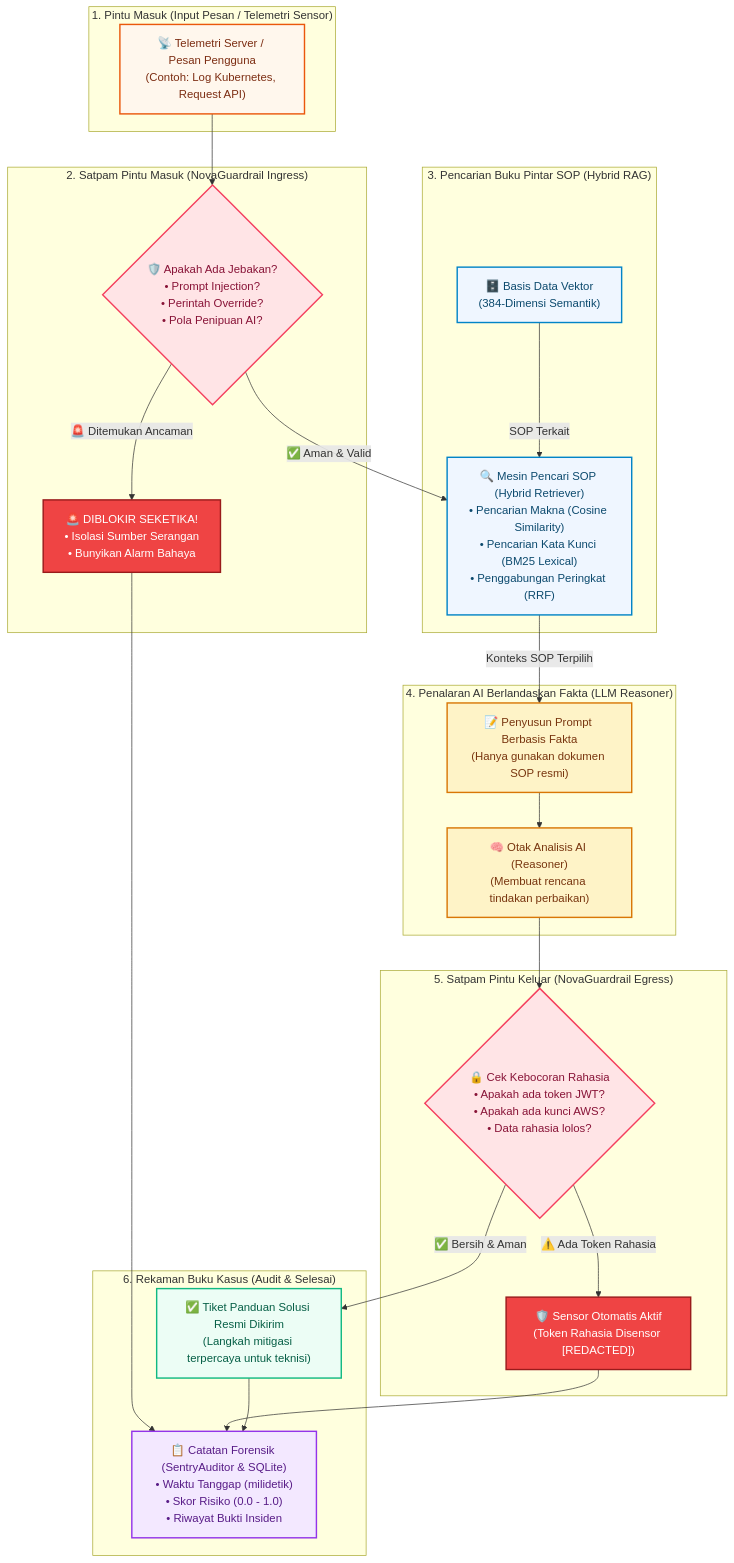
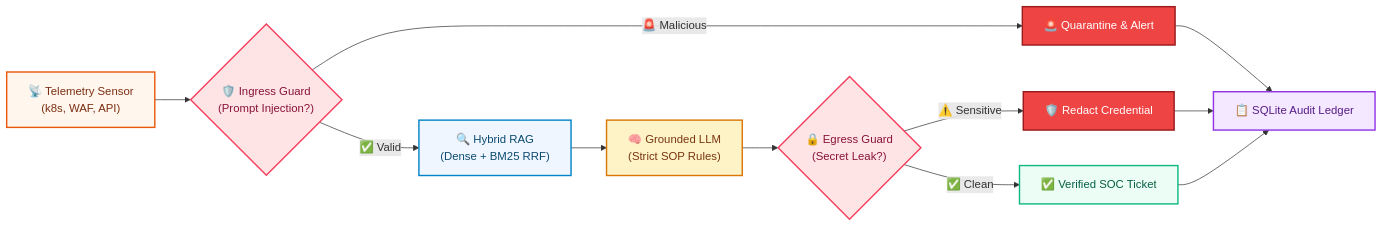
The diagram in README.md (RifkyA911/NovaSentry), drawn with Mermaid before and after one commit. The commit also changed other lines of this file and 1 other file, not shown here.

````diff
--- a/README.md
+++ b/README.md
@@ -46,54 +48,22 @@
 ```mermaid
-flowchart TD
-    %% Styling Definisi
-    classDef ingress fill:#fff7ed,stroke:#ea580c,stroke-width:2px,color:#7c2d12;
-    classDef guardrail fill:#ffe4e6,stroke:#f43f5e,stroke-width:2px,color:#881337;
+flowchart LR
+    %% Styling Definitions
+    classDef sensor fill:#fff7ed,stroke:#ea580c,stroke-width:2px,color:#7c2d12;
+    classDef guard fill:#ffe4e6,stroke:#f43f5e,stroke-width:2px,color:#881337;
     classDef rag fill:#eff6ff,stroke:#0284c7,stroke-width:2px,color:#0c4a6e;
     classDef llm fill:#fef3c7,stroke:#d97706,stroke-width:2px,color:#78350f;
     classDef audit fill:#f3e8ff,stroke:#9333ea,stroke-width:2px,color:#581c87;
-    classDef danger fill:#ef4444,stroke:#991b1b,stroke-width:2px,color:#ffffff;
-    classDef safe fill:#ecfdf5,stroke:#10b981,stroke-width:2px,color:#065f46;
+    classDef blocked fill:#ef4444,stroke:#991b1b,stroke-width:2px,color:#ffffff;
+    classDef ok fill:#ecfdf5,stroke:#10b981,stroke-width:2px,color:#065f46;
 
-    subgraph INGRESS["1. Pintu Masuk (Input Pesan / Telemetri Sensor)"]
-        A["📡 Telemetri Server / Pesan Pengguna<br/>(Contoh: Log Kubernetes, Request API)"]:::ingress
-    end
-
-    subgraph GUARD_IN["2. Satpam Pintu Masuk (NovaGuardrail Ingress)"]
-        B{"🛡️ Apakah Ada Jebakan?<br/>• Prompt Injection?<br/>• Perintah Override?<br/>• Pola Penipuan AI?"}:::guardrail
-        B_BLOCKED["🚨 DIBLOKIR SEKETIKA!<br/>• Isolasi Sumber Serangan<br/>• Bunyikan Alarm Bahaya"]:::danger
-    end
-
-    subgraph RETRIEVAL["3. Pencarian Buku Pintar SOP (Hybrid RAG)"]
-        C["🗄️ Basis Data Vektor<br/>(384-Dimensi Semantik)"]:::rag
-        D["🔍 Mesin Pencari SOP (Hybrid Retriever)<br/>• Pencarian Makna (Cosine Similarity)<br/>• Pencarian Kata Kunci (BM25 Lexical)<br/>• Penggabungan Peringkat (RRF)"]:::rag
-        C -->|SOP Terkait| D
-    end
-
-    subgraph SYNTHESIS["4. Penalaran AI Berlandaskan Fakta (LLM Reasoner)"]
-        E["📝 Penyusun Prompt Berbasis Fakta<br/>(Hanya gunakan dokumen SOP resmi)"]:::llm
-        F["🧠 Otak Analisis AI (Reasoner)<br/>(Membuat rencana tindakan perbaikan)"]:::llm
-        E --> F
-    end
-
-    subgraph GUARD_OUT["5. Satpam Pintu Keluar (NovaGuardrail Egress)"]
-        G{"🔒 Cek Kebocoran Rahasia<br/>• Apakah ada token JWT?<br/>• Apakah ada kunci AWS?<br/>• Data rahasia lolos?"}:::guardrail
-        G_REDACT["🛡️ Sensor Otomatis Aktif<br/>(Token Rahasia Disensor [REDACTED])"]:::danger
-    end
-
-    subgraph GOVERNANCE["6. Rekaman Buku Kasus (Audit & Selesai)"]
-        H["📋 Catatan Forensik (SentryAuditor & SQLite)<br/>• Waktu Tanggap (milidetik)<br/>• Skor Risiko (0.0 - 1.0)<br/>• Riwayat Bukti Insiden"]:::audit
-        I["✅ Tiket Panduan Solusi Resmi Dikirim<br/>(Langkah mitigasi terpercaya untuk teknisi)"]:::safe
-    end
-
-    %% Relasi Alur
-    A --> B
-    B -- "🚨 Ditemukan Ancaman" --> B_BLOCKED
-    B_BLOCKED --> H
-    B -- "✅ Aman & Valid" --> D
-    D -->|Konteks SOP Terpilih| E
-    F --> G
-    G -- "⚠️ Ada Token Rahasia" --> G_REDACT
-    G -- "✅ Bersih & Aman" --> I
-    G_REDACT --> H
-    I --> H
+    In["📡 Telemetry Sensor<br/>(k8s, WAF, API)"]:::sensor --> GIn{"🛡️ Ingress Guard<br/>(Prompt Injection?)"}:::guard
+    GIn -- "🚨 Malicious" --> Blk["🚨 Quarantine &amp; Alert"]:::blocked
+    GIn -- "✅ Valid" --> RAG["🔍 Hybrid RAG<br/>(Dense + BM25 RRF)"]:::rag
+    RAG --> LLM["🧠 Grounded LLM<br/>(Strict SOP Rules)"]:::llm
+    LLM --> GOut{"🔒 Egress Guard<br/>(Secret Leak?)"}:::guard
+    GOut -- "⚠️ Sensitive" --> Redact["🛡️ Redact Credential"]:::blocked
+    GOut -- "✅ Clean" --> Ticket["✅ Verified SOC Ticket"]:::ok
+    Blk --> Audit["📋 SQLite Audit Ledger"]:::audit
+    Redact --> Audit
+    Ticket --> Audit
 ```
````
